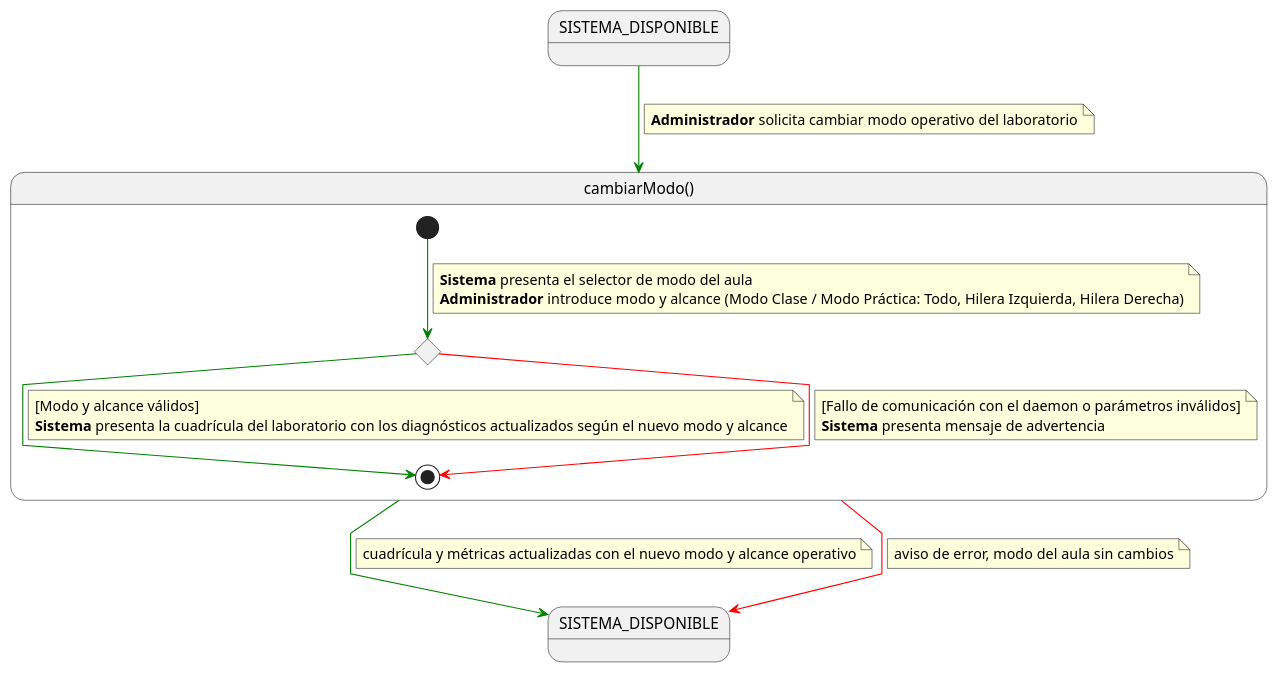
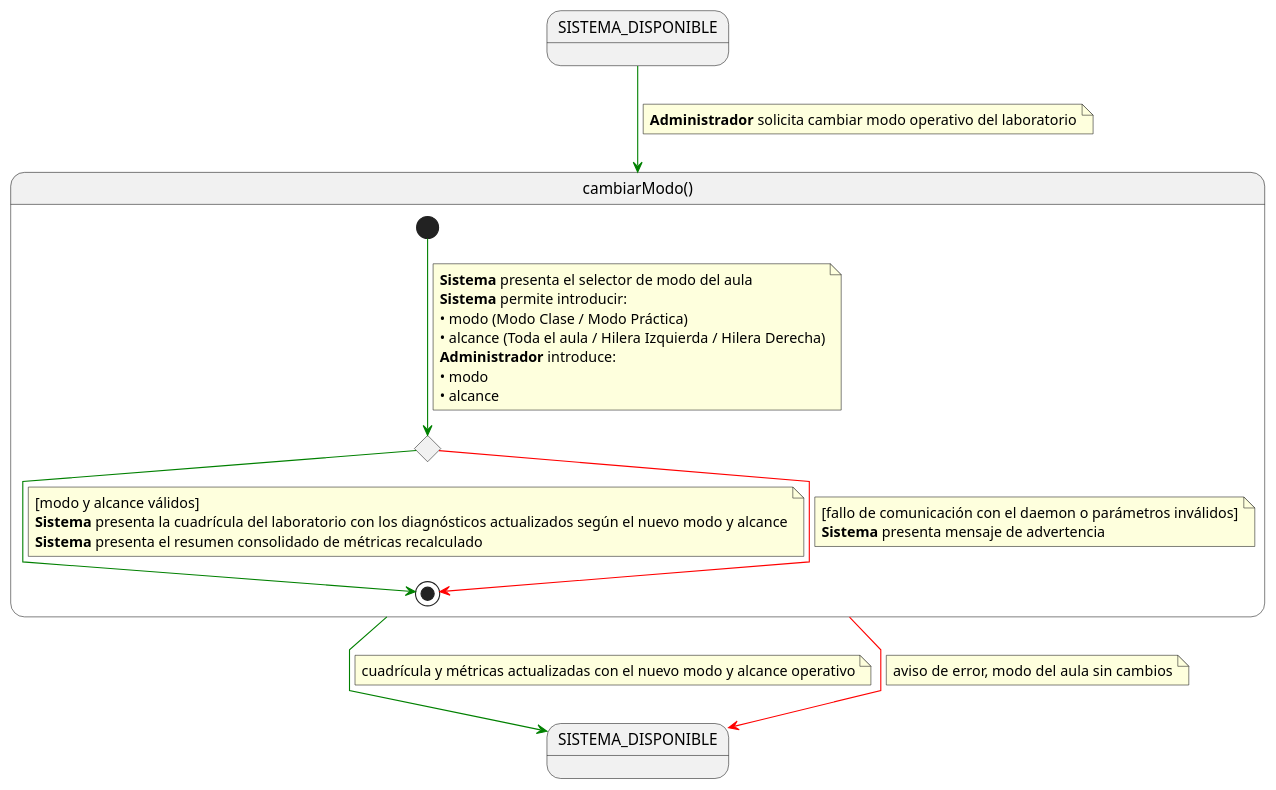
Before and after one commit to Carlos-Lima2510/mesh-panel: the diagram in RUP/01-requisitos/01-detalle-casos-uso/cambiarModo/especificacion.puml, drawn with PlantUML. The commit also changed 16 other files, not shown here.

```diff
--- a/RUP/01-requisitos/01-detalle-casos-uso/cambiarModo/especificacion.puml
+++ b/RUP/01-requisitos/01-detalle-casos-uso/cambiarModo/especificacion.puml
@@ -1,46 +1,52 @@
 @startuml especificacion
 
 skinparam linetype polyline
 
 state SISTEMA_DISPONIBLE
 state SISTEMA_DISPONIBLE_SALIDA as "SISTEMA_DISPONIBLE"
 
 SISTEMA_DISPONIBLE -[#green]-> cambiarModo
 note on link
 <b>Administrador</b> solicita cambiar modo operativo del laboratorio
 end note
 
 state cambiarModo as "cambiarModo()" {
 
     state c <<choice>>
 
     [*] -[#green]-> c
     note on link
     <b>Sistema</b> presenta el selector de modo del aula
-    <b>Administrador</b> introduce modo y alcance (Modo Clase / Modo Práctica: Todo, Hilera Izquierda, Hilera Derecha)
+    <b>Sistema</b> permite introducir:
+    • modo (Modo Clase / Modo Práctica)
+    • alcance (Toda el aula / Hilera Izquierda / Hilera Derecha)
+    <b>Administrador</b> introduce:
+    • modo
+    • alcance
     end note
 
     c -[#green]-> [*]
     note on link
-    [Modo y alcance válidos]
+    [modo y alcance válidos]
     <b>Sistema</b> presenta la cuadrícula del laboratorio con los diagnósticos actualizados según el nuevo modo y alcance
+    <b>Sistema</b> presenta el resumen consolidado de métricas recalculado
     end note
 
     c -[#red]-> [*]
     note on link
-    [Fallo de comunicación con el daemon o parámetros inválidos]
+    [fallo de comunicación con el daemon o parámetros inválidos]
     <b>Sistema</b> presenta mensaje de advertencia
     end note
 }
 
 cambiarModo -[#green]-> SISTEMA_DISPONIBLE_SALIDA
 note on link
 cuadrícula y métricas actualizadas con el nuevo modo y alcance operativo
 end note
 
 cambiarModo -[#red]-> SISTEMA_DISPONIBLE_SALIDA
 note on link
 aviso de error, modo del aula sin cambios
 end note
 
 @enduml
```
